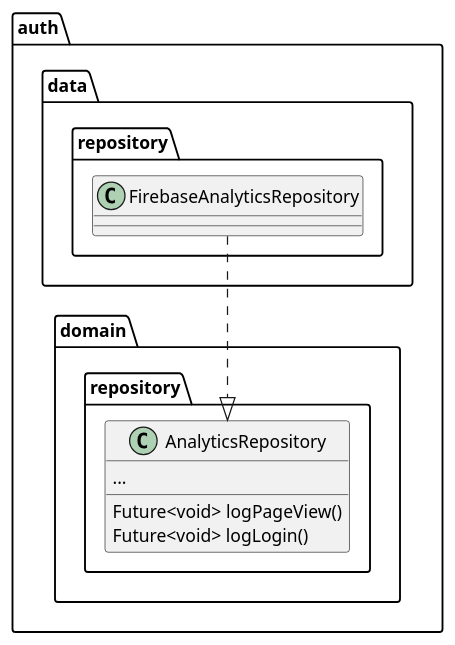
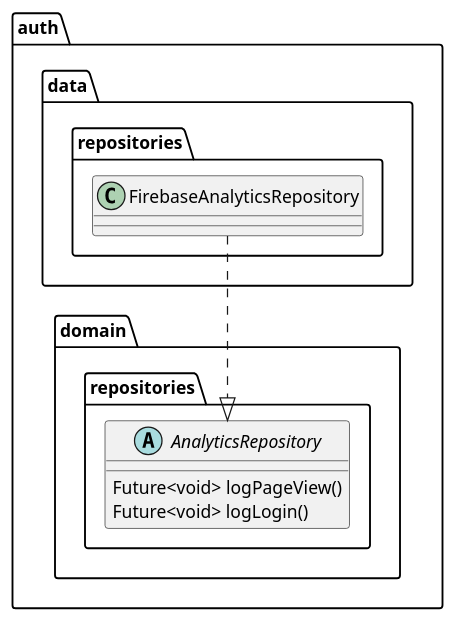
One commit to Flank/flank-dashboard changed the diagram in metrics/web/docs/features/firebase_analytics/diagrams/firebase_analytics_data_class.puml. Above: the diagram before and after it, drawn with PlantUML. The commit also changed 3 other files, not shown here.

Commit message:
Create Firebase analytics design document. Create diagrams.

```diff
--- a/metrics/web/docs/features/firebase_analytics/diagrams/firebase_analytics_data_class.puml
+++ b/metrics/web/docs/features/firebase_analytics/diagrams/firebase_analytics_data_class.puml
@@ -1,15 +1,14 @@
 @startuml
-package auth.data.repository {
-        class FirebaseAnalyticsRepository {}
+package auth.data.repositories {
+    class FirebaseAnalyticsRepository {}
 }
 
-package auth.domain.repository {
-    class AnalyticsRepository {
-        ...
-        Future<void> logPageView() 
+package auth.domain.repositories {
+    abstract class AnalyticsRepository {
+        Future<void> logPageView()
         Future<void> logLogin()
     }
 }
 
 FirebaseAnalyticsRepository ..|> AnalyticsRepository
 @enduml
```
